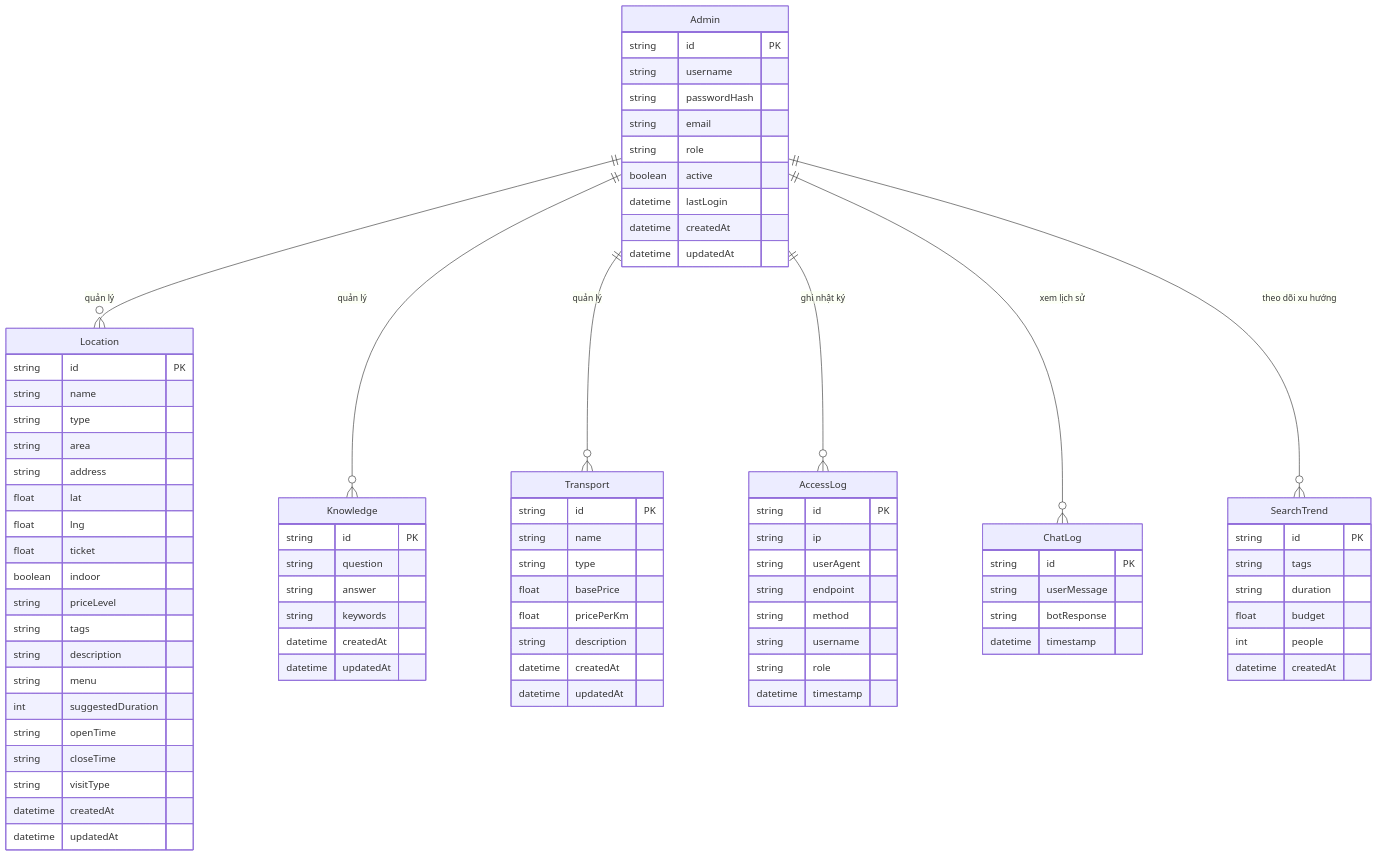
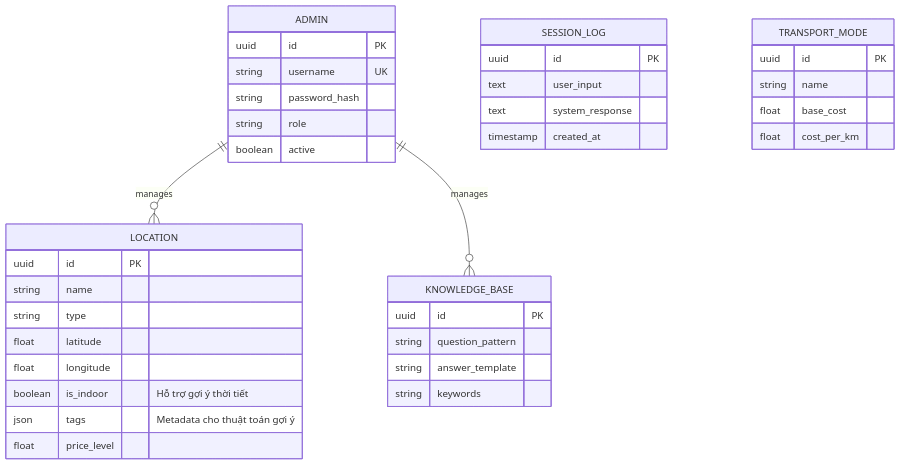
The third of 3 diagrams in docs/ARCHITECTURE.md (Doggie-H/Dana-Travel), drawn with Mermaid before and after one commit. The commit also changed other lines of this file and 2 other files, not shown here.

````diff
--- a/docs/ARCHITECTURE.md
+++ b/docs/ARCHITECTURE.md
@@ -129,90 +83,46 @@
 ```mermaid
 erDiagram
-    Admin {
-        string id PK
-        string username
-        string passwordHash
-        string email
+    ADMIN {
+        uuid id PK
+        string username UK
+        string password_hash
         string role
         boolean active
-        datetime lastLogin
-        datetime createdAt
-        datetime updatedAt
+    }
+    
+    LOCATION {
+        uuid id PK
+        string name
+        string type
+        float latitude
+        float longitude
+        boolean is_indoor "Hỗ trợ gợi ý thời tiết"
+        json tags "Metadata cho thuật toán gợi ý"
+        float price_level
+    }
+    
+    KNOWLEDGE_BASE {
+        uuid id PK
+        string question_pattern
+        string answer_template
+        string keywords
+    }
+    
+    SESSION_LOG {
+        uuid id PK
+        text user_input
+        text system_response
+        timestamp created_at
+    }
+    
+    TRANSPORT_MODE {
+        uuid id PK
+        string name
+        float base_cost
+        float cost_per_km
     }
 
-    Location {
-        string id PK
-        string name
-        string type
-        string area
-        string address
-        float lat
-        float lng
-        float ticket
-        boolean indoor
-        string priceLevel
-        string tags
-        string description
-        string menu
-        int suggestedDuration
-        string openTime
-        string closeTime
-        string visitType
-        datetime createdAt
-        datetime updatedAt
-    }
-
-    Knowledge {
-        string id PK
-        string question
-        string answer
-        string keywords
-        datetime createdAt
-        datetime updatedAt
-    }
-
-    ChatLog {
-        string id PK
-        string userMessage
-        string botResponse
-        datetime timestamp
-    }
-
-    AccessLog {
-        string id PK
-        string ip
-        string userAgent
-        string endpoint
-        string method
-        string username
-        string role
-        datetime timestamp
-    }
-
-    SearchTrend {
-        string id PK
-        string tags
-        string duration
-        float budget
-        int people
-        datetime createdAt
-    }
-
-    Transport {
-        string id PK
-        string name
-        string type
-        float basePrice
-        float pricePerKm
-        string description
-        datetime createdAt
-        datetime updatedAt
-    }
-
-    Admin ||--o{ Location : "quản lý"
-    Admin ||--o{ Knowledge : "quản lý"
-    Admin ||--o{ Transport : "quản lý"
-    Admin ||--o{ AccessLog : "ghi nhật ký"
-    Admin ||--o{ ChatLog : "xem lịch sử"
-    Admin ||--o{ SearchTrend : "theo dõi xu hướng"
+    %% Relationships
+    ADMIN ||--o{ LOCATION : manages
+    ADMIN ||--o{ KNOWLEDGE_BASE : manages
 ```
````
